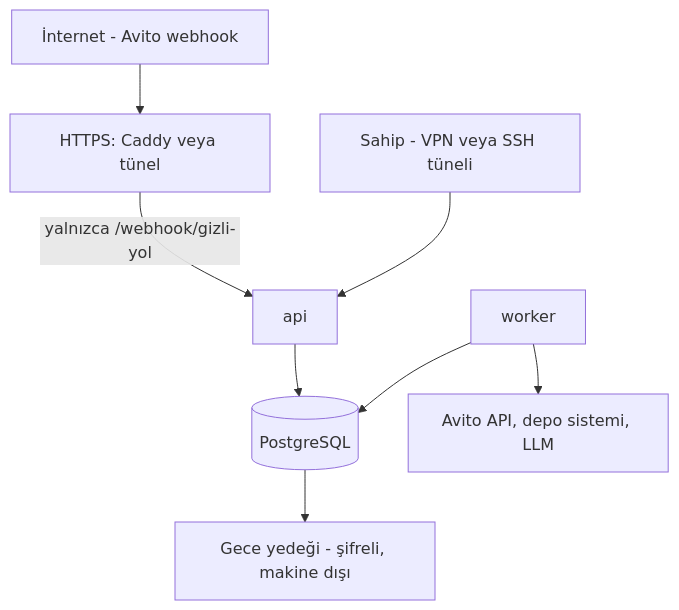
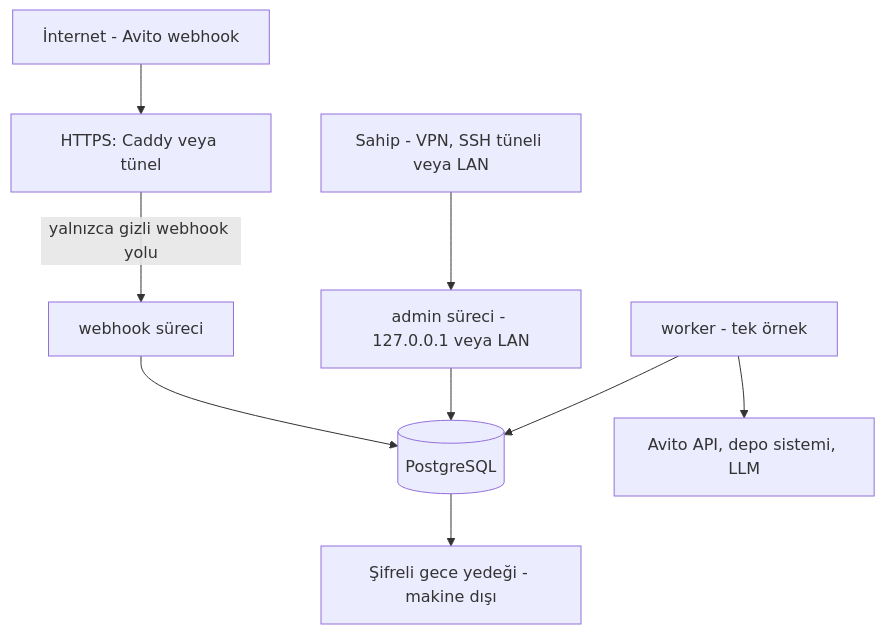
The eighth of 8 diagrams in docs/ARCHITECTURE.md (khalilofnijat-eng/expert-octo-bassoon), drawn with Mermaid before and after one commit. The commit also changed other lines of this file, not shown here.

First line of the commit message:
Accept architecture rev.2 (T-004); owner approved commit

````diff
--- a/docs/ARCHITECTURE.md
+++ b/docs/ARCHITECTURE.md
@@ -538,10 +638,11 @@
 ```mermaid
 flowchart TB
   INET["İnternet - Avito webhook"] --> TLS["HTTPS: Caddy veya tünel"]
-  TLS -- "yalnızca /webhook/gizli-yol" --> APIS["api"]
-  ADMIN["Sahip - VPN veya SSH tüneli"] --> APIS
-  APIS --> PG[("PostgreSQL")]
-  WK["worker"] --> PG
+  TLS -- "yalnızca gizli webhook yolu" --> WHS["webhook süreci"]
+  ADMIN["Sahip - VPN, SSH tüneli veya LAN"] --> ADM["admin süreci - 127.0.0.1 veya LAN"]
+  WHS --> PG[("PostgreSQL")]
+  ADM --> PG
+  WK["worker - tek örnek"] --> PG
   WK --> OUT["Avito API, depo sistemi, LLM"]
-  PG --> BK["Gece yedeği - şifreli, makine dışı"]
+  PG --> BK["Şifreli gece yedeği - makine dışı"]
 ```
````
